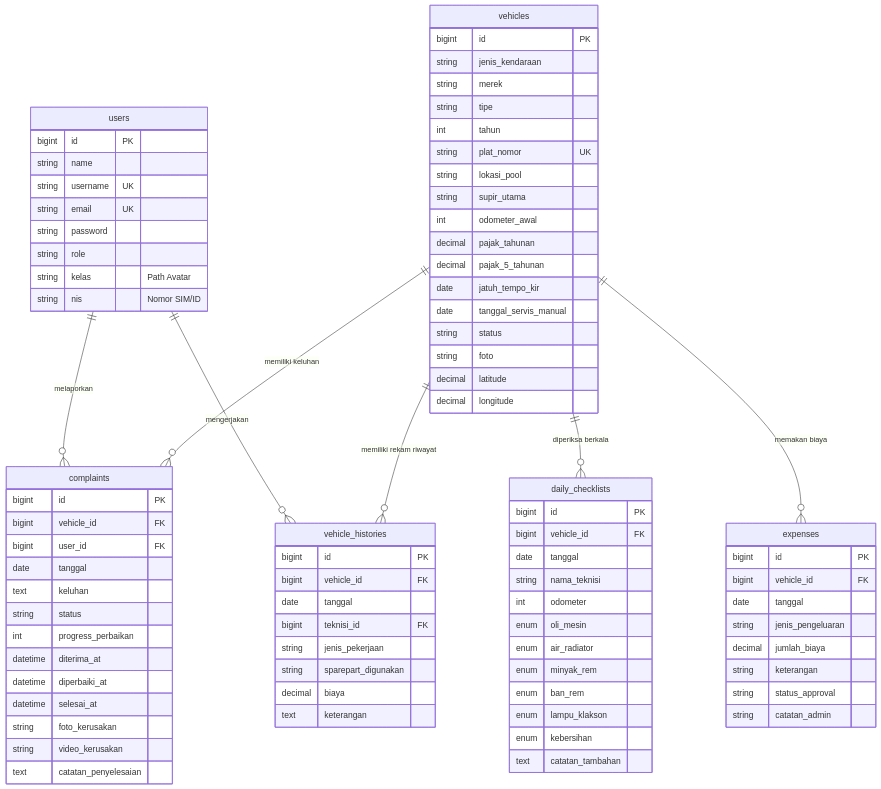
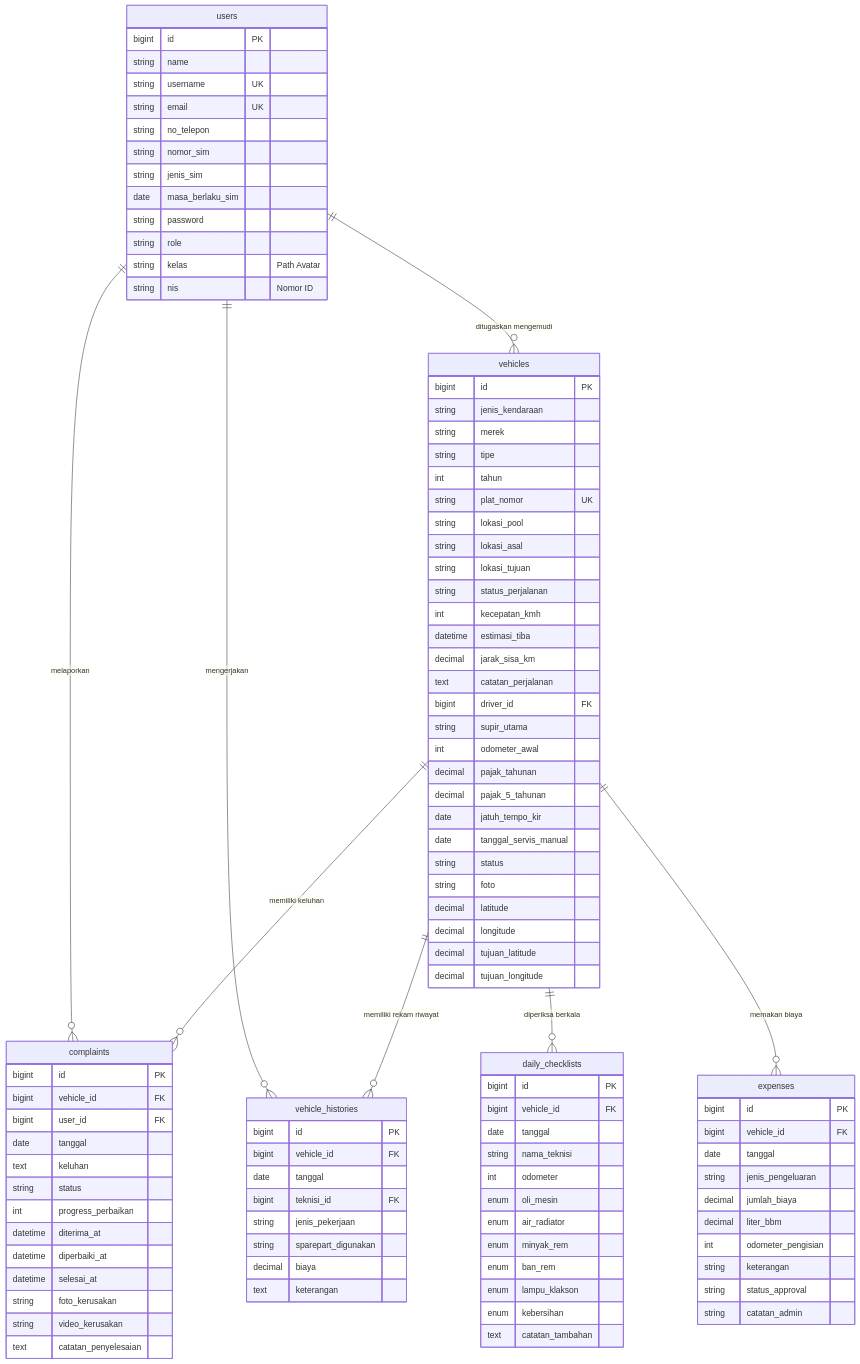
The first of 4 diagrams in doc/belajar_sistem_armada.md (stinrhmwti/belajar_laravel), drawn with Mermaid before and after one commit. The commit also changed other lines of this file and 40 other files, not shown here.

```diff
--- a/doc/belajar_sistem_armada.md
+++ b/doc/belajar_sistem_armada.md
@@ -341,6 +388,7 @@
 erDiagram
     users ||--o{ complaints : "melaporkan"
     users ||--o{ vehicle_histories : "mengerjakan"
+    users ||--o{ vehicles : "ditugaskan mengemudi"
     vehicles ||--o{ daily_checklists : "diperiksa berkala"
     vehicles ||--o{ expenses : "memakan biaya"
     vehicles ||--o{ complaints : "memiliki keluhan"
@@ -351,10 +399,14 @@
         string name
         string username UK
         string email UK
+        string no_telepon
+        string nomor_sim
+        string jenis_sim
+        date masa_berlaku_sim
         string password
         string role
         string kelas "Path Avatar"
-        string nis "Nomor SIM/ID"
+        string nis "Nomor ID"
     }
 
     vehicles {
@@ -365,6 +417,14 @@
         int tahun
         string plat_nomor UK
         string lokasi_pool
+        string lokasi_asal
+        string lokasi_tujuan
+        string status_perjalanan
+        int kecepatan_kmh
+        datetime estimasi_tiba
+        decimal jarak_sisa_km
+        text catatan_perjalanan
+        bigint driver_id FK
         string supir_utama
         int odometer_awal
         decimal pajak_tahunan
@@ -375,6 +435,8 @@
         string foto
         decimal latitude
         decimal longitude
+        decimal tujuan_latitude
+        decimal tujuan_longitude
     }
 
     daily_checklists {
@@ -398,6 +460,8 @@
         date tanggal
         string jenis_pengeluaran
         decimal jumlah_biaya
+        decimal liter_bbm
+        int odometer_pengisian
         string keterangan
         string status_approval
         string catatan_admin
```
